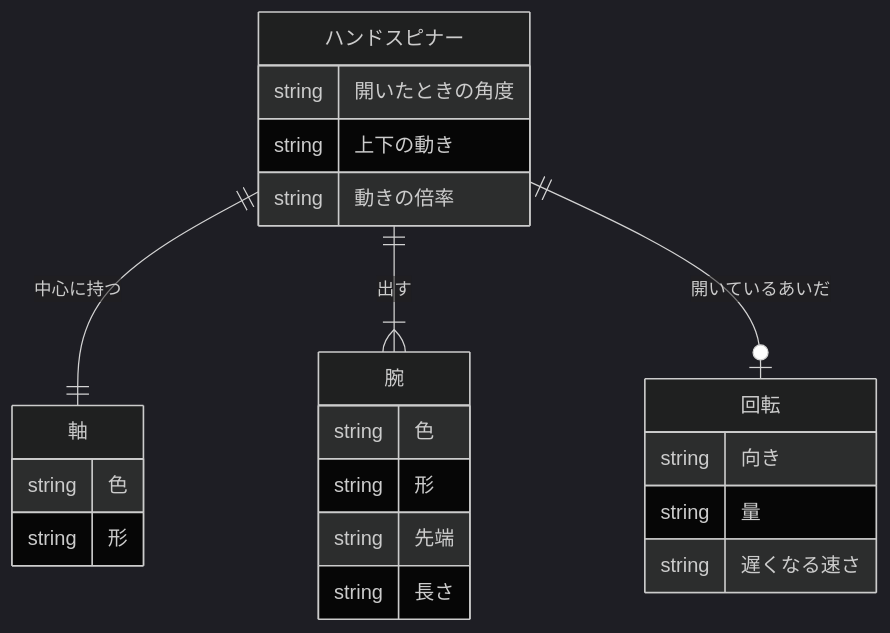
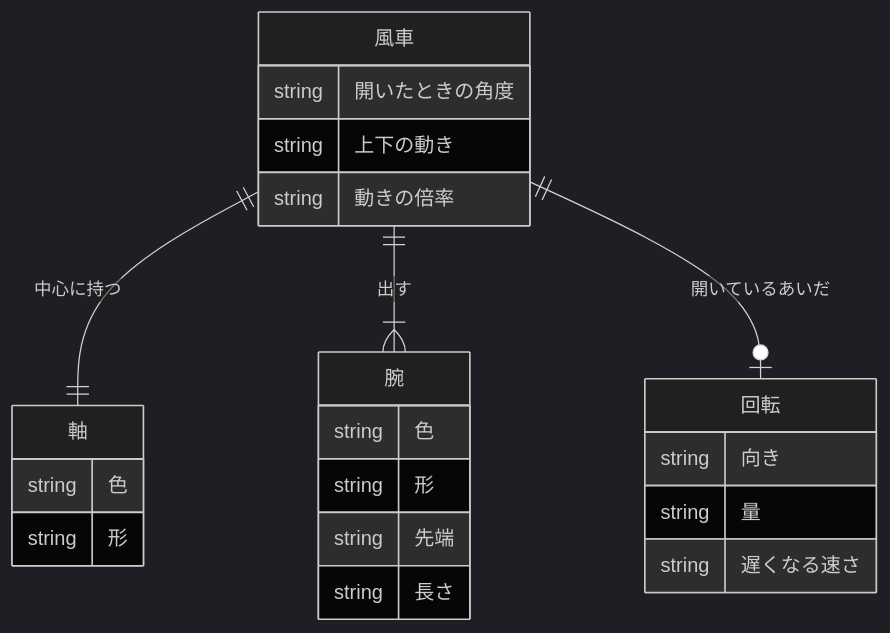
One commit to pfgnsb/hand-spinner changed the second of 3 diagrams in spinner/ドキュメント/ER図.md. Above: the diagram before and after it, drawn with Mermaid (dark theme). The commit also changed other lines of this file and 13 other files, not shown here.

````diff
--- a/spinner/ドキュメント/ER図.md
+++ b/spinner/ドキュメント/ER図.md
@@ -40,26 +40,26 @@
 ```mermaid
 erDiagram
-  ハンドスピナー ||--|| 軸 : 中心に持つ
-  ハンドスピナー ||--|{ 腕 : 出す
-  ハンドスピナー ||--o| 回転 : 開いているあいだ
-  ハンドスピナー {
+  風車 ||--|| 軸 : 中心に持つ
+  風車 ||--|{ 腕 : 出す
+  風車 ||--o| 回転 : 開いているあいだ
+  風車 {
     string 開いたときの角度
     string 上下の動き
     string 動きの倍率
   }
   軸 {
     string 色
     string 形
   }
   腕 {
     string 色
     string 形
     string 先端
     string 長さ
   }
   回転 {
     string 向き
     string 量
     string 遅くなる速さ
   }
 ```
````
